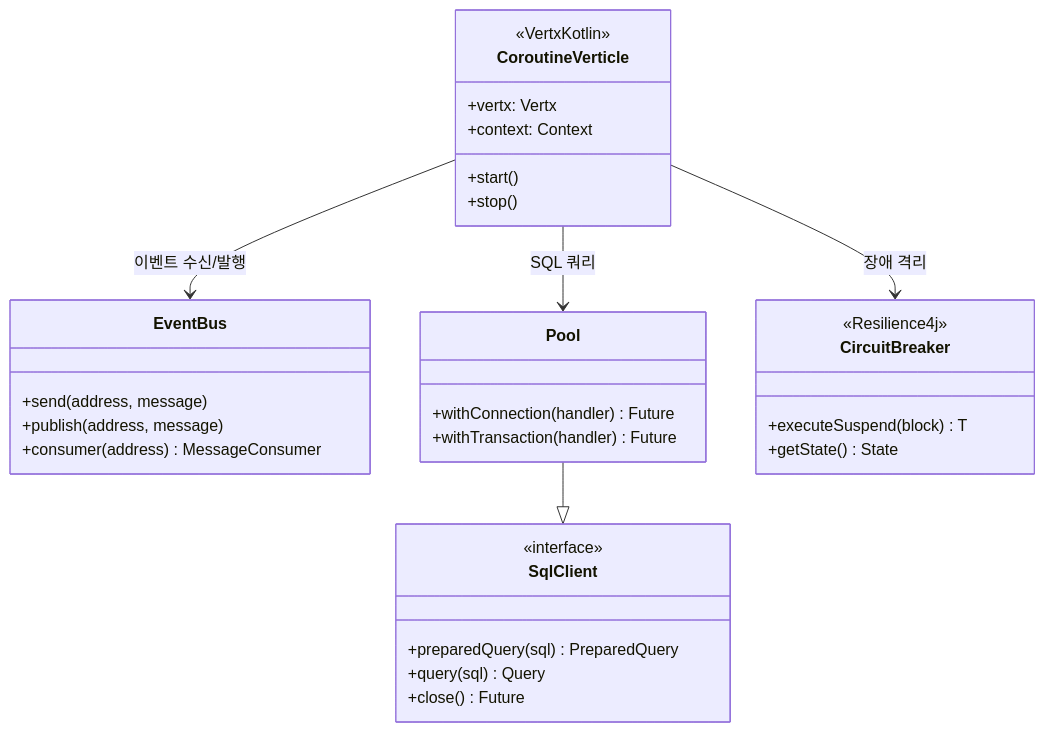
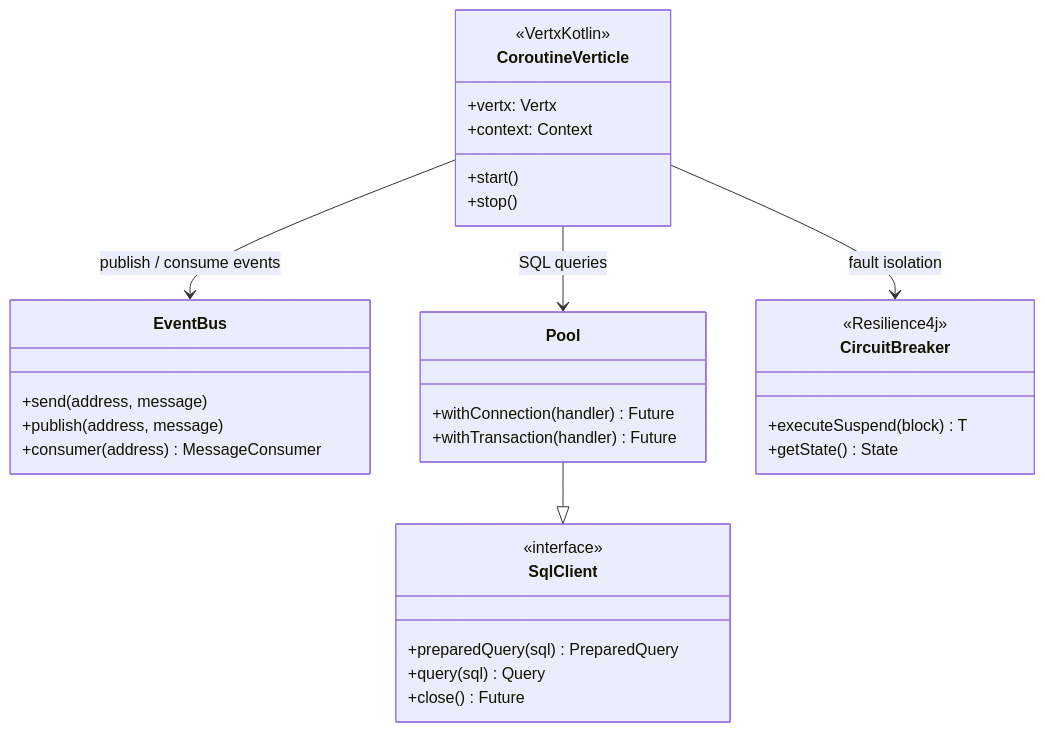
One commit to bluetape4k/bluetape4k-projects changed the fourth of 4 diagrams in io/vertx/README.md. Above: the diagram before and after it, drawn with Mermaid. The commit also changed other lines of this file and 265 other files, not shown here.

````diff
--- a/io/vertx/README.md
+++ b/io/vertx/README.md
@@ -149,40 +151,40 @@
 ```mermaid
 classDiagram
     class CoroutineVerticle {
         <<VertxKotlin>>
         +vertx: Vertx
         +context: Context
         +start()
         +stop()
     }
 
     class EventBus {
         +send(address, message)
         +publish(address, message)
         +consumer(address) MessageConsumer
     }
 
     class SqlClient {
         <<interface>>
         +preparedQuery(sql) PreparedQuery
         +query(sql) Query
         +close() Future
     }
 
     class Pool {
         +withConnection(handler) Future
         +withTransaction(handler) Future
     }
 
     class CircuitBreaker {
         <<Resilience4j>>
         +executeSuspend(block) T
         +getState() State
     }
 
-    CoroutineVerticle --> EventBus : 이벤트 수신/발행
-    CoroutineVerticle --> Pool : SQL 쿼리
+    CoroutineVerticle --> EventBus : publish / consume events
+    CoroutineVerticle --> Pool : SQL queries
     Pool --|> SqlClient
-    CoroutineVerticle --> CircuitBreaker : 장애 격리
+    CoroutineVerticle --> CircuitBreaker : fault isolation
 
 ```
````
